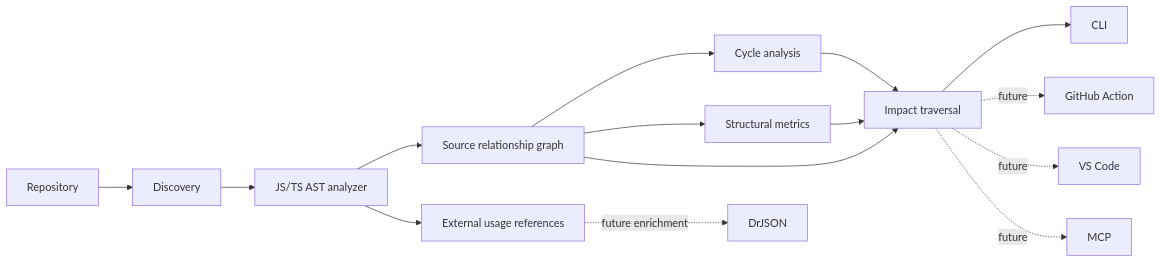
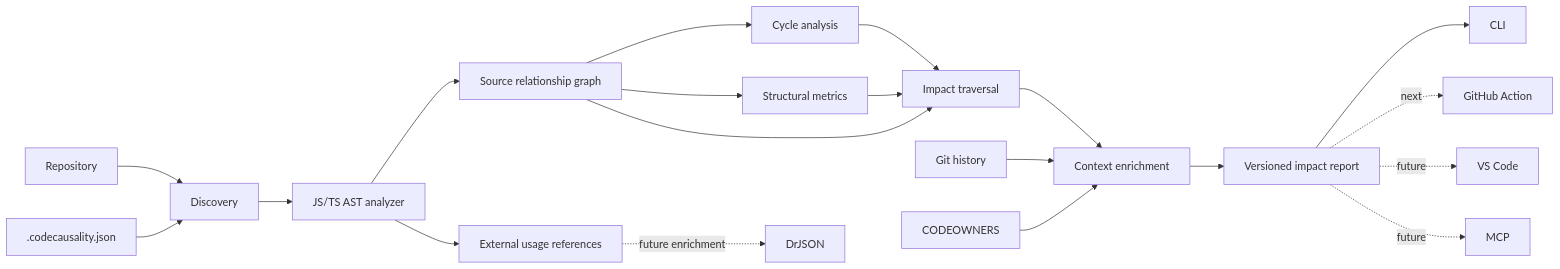
The diagram in docs/ARCHITECTURE.md (Aetherexa/CodeCausality), drawn with Mermaid before and after one commit. The commit also changed other lines of this file and 23 other files, not shown here.

First line of the commit message:
feat: add repository context and versioned impact reports

````diff
--- a/docs/ARCHITECTURE.md
+++ b/docs/ARCHITECTURE.md
@@ -13,17 +14,22 @@
 ```mermaid
 flowchart LR
   R[Repository] --> D[Discovery]
+  CFG[.codecausality.json] --> D
   D --> L[JS/TS AST analyzer]
   L --> G[Source relationship graph]
   L --> E[External usage references]
   G --> C[Cycle analysis]
   G --> M[Structural metrics]
   G --> I[Impact traversal]
+  C --> I
   M --> I
-  C --> I
-  I --> CLI[CLI]
+  GH[Git history] --> CTX[Context enrichment]
+  CO[CODEOWNERS] --> CTX
+  I --> CTX
+  CTX --> REP[Versioned impact report]
+  REP --> CLI[CLI]
   E -. future enrichment .-> DJ[DrJSON]
-  I -. future .-> GH[GitHub Action]
-  I -. future .-> VS[VS Code]
-  I -. future .-> MCP[MCP]
+  REP -. next .-> ACT[GitHub Action]
+  REP -. future .-> VS[VS Code]
+  REP -. future .-> MCP[MCP]
 ```
````
